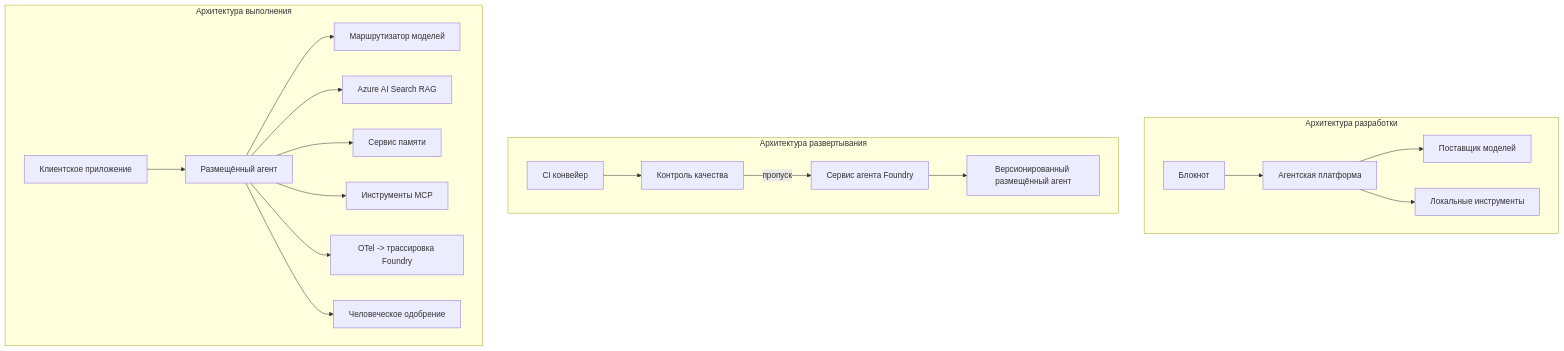
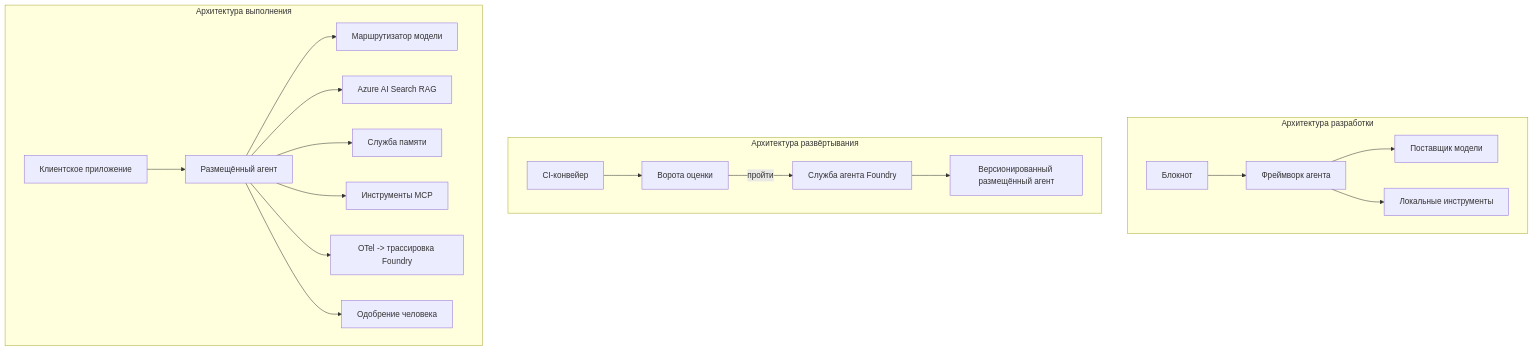
The fourth of 4 diagrams in mirrors/repos/microsoft@ai-agents-for-beginners/translations/ru/16-deploying-scalable-agents/README.md (gabrielmoreira/agent-skills-mirror), drawn with Mermaid before and after one commit. The commit also changed other lines of this file and 3581 other files, not shown here.

````diff
--- a/mirrors/repos/microsoft@ai-agents-for-beginners/translations/ru/16-deploying-scalable-agents/README.md
+++ b/mirrors/repos/microsoft@ai-agents-for-beginners/translations/ru/16-deploying-scalable-agents/README.md
@@ -185,22 +185,22 @@
 ```mermaid
 flowchart TB
     subgraph Dev[Архитектура разработки]
-        D1[Блокнот] --> D2[Агентская платформа]
-        D2 --> D3[Поставщик моделей]
+        D1[Блокнот] --> D2[Фреймворк агента]
+        D2 --> D3[Поставщик модели]
         D2 --> D4[Локальные инструменты]
     end
-    subgraph Deploy[Архитектура развертывания]
-        E1[CI конвейер] --> E2[Контроль качества]
-        E2 -->|пропуск| E3[Сервис агента Foundry]
+    subgraph Deploy[Архитектура развёртывания]
+        E1[CI-конвейер] --> E2[Ворота оценки]
+        E2 -->|пройти| E3[Служба агента Foundry]
         E3 --> E4[Версионированный размещённый агент]
     end
     subgraph Run[Архитектура выполнения]
         F1[Клиентское приложение] --> F2[Размещённый агент]
-        F2 --> F3[Маршрутизатор моделей]
+        F2 --> F3[Маршрутизатор модели]
         F2 --> F4[Azure AI Search RAG]
-        F2 --> F5[Сервис памяти]
+        F2 --> F5[Служба памяти]
         F2 --> F6[Инструменты MCP]
         F2 --> F7[OTel -> трассировка Foundry]
-        F2 --> F8[Человеческое одобрение]
+        F2 --> F8[Одобрение человека]
     end
 ```
````
